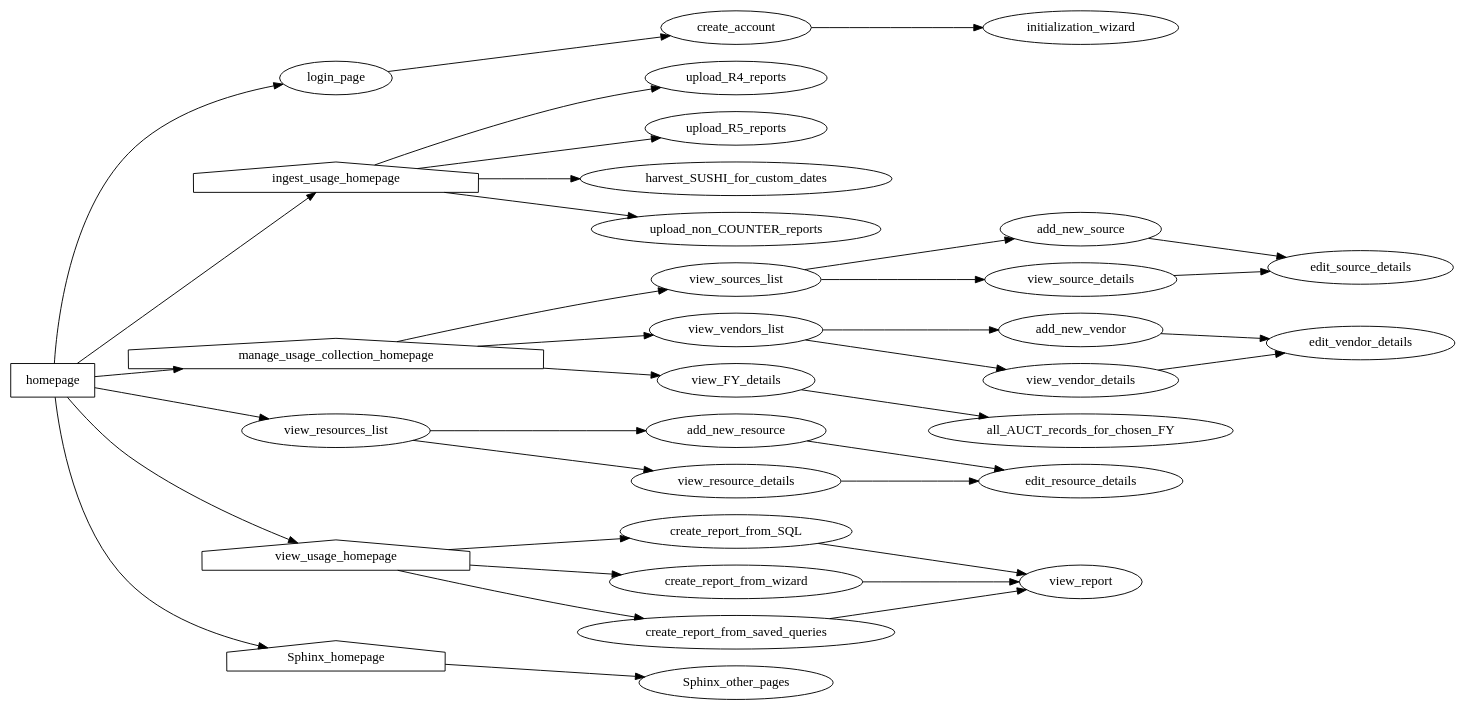
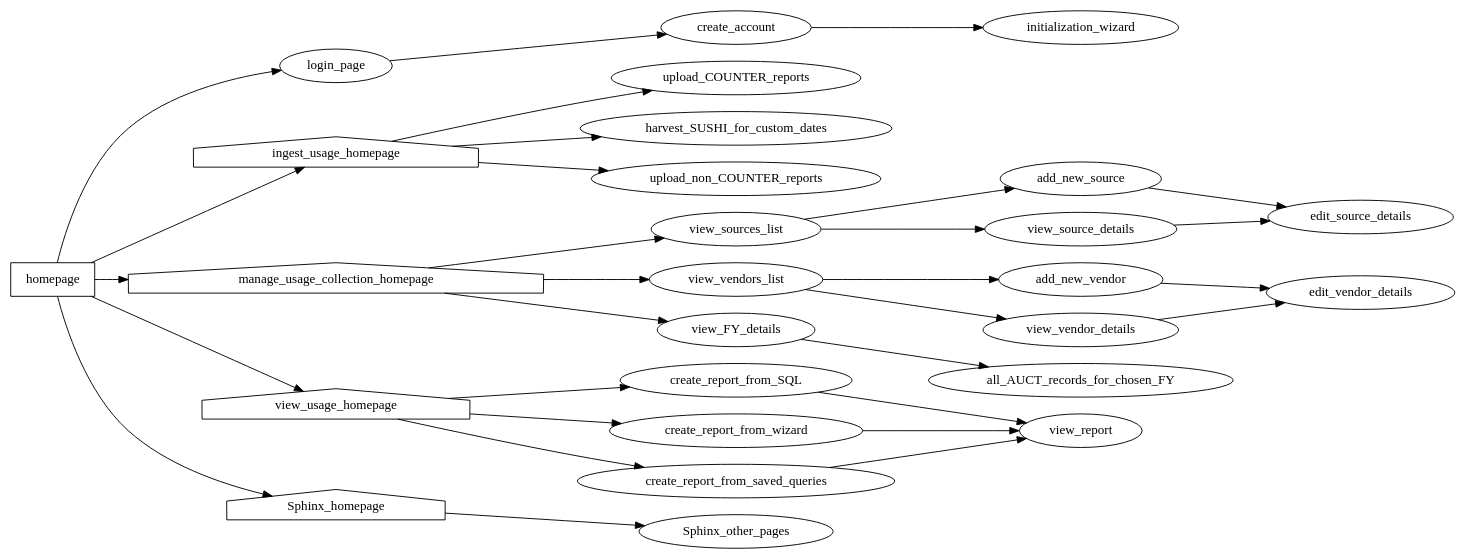
One commit to ereiskind/nolcat changed the diagram in docs/source/sitemap.dot. Above: the diagram before and after it, drawn with Graphviz.

Commit message:
Update sitemap

```diff
--- a/docs/source/sitemap.dot
+++ b/docs/source/sitemap.dot
@@ -1,104 +1,89 @@
 digraph nolcat_sitemap {
     /* *** NoLCAT SITEMAP *** */
     rankdir=LR
 
 
     /* *** Main NoLCAT Folder *** */
     homepage [shape="box"]
         homepage -> login_page
         homepage -> ingest_usage_homepage
         homepage -> manage_usage_collection_homepage
-        homepage -> view_resources_list
         homepage -> view_usage_homepage
         homepage -> Sphinx_homepage
     
 
     /* *** `login` Blueprint *** */
     login_page
         login_page -> create_account
     // Account creation may not be needed--a single set of credentials for each user type may be created instead
     create_account
         create_account -> initialization_wizard // Page in `ingest` section; linkage because program will request data for database initialization upon creation of first account
     // And any other pages needed for authentication
 
 
     /* *** `initialization` Blueprint *** */
     initialization_wizard
 
 
     /* *** `ingest_usage` Blueprint *** */
     ingest_usage_homepage [shape="house"]
-        ingest_usage_homepage -> upload_R4_reports
-        ingest_usage_homepage -> upload_R5_reports
+        ingest_usage_homepage -> upload_COUNTER_reports
         ingest_usage_homepage -> harvest_SUSHI_for_custom_dates
         ingest_usage_homepage -> upload_non_COUNTER_reports
-    upload_R4_reports
-    upload_R5_reports
+    upload_COUNTER_reports
     harvest_SUSHI_for_custom_dates
     upload_non_COUNTER_reports
 
 
     /* *** `annual_stats` Blueprint *** */
     manage_usage_collection_homepage [shape="house"]
         manage_usage_collection_homepage -> view_sources_list // For StatisticsSources and ResourceSources
         manage_usage_collection_homepage -> view_vendors_list
         manage_usage_collection_homepage -> view_FY_details // The FY for which the details will be shown is selected before going to the page
     view_FY_details
         view_FY_details -> all_AUCT_records_for_chosen_FY
     all_AUCT_records_for_chosen_FY
-
-
-    /* *** `view_resources` Blueprint *** */
-    // At present, resources are purely generated by SUSHI R5 harvests and have no notes atached to them. How should notes be incorporated? Should editing the list or its entries be allowed? Is this where non-title extra data should be used--saved in a table with fields for the data and the metadata label, which is displayed here with Jinja? What about non-COUNTER resources?
-    view_resources_list
-        view_resources_list -> add_new_resource
-        view_resources_list -> view_resource_details
-    add_new_resource
-        add_new_resource -> edit_resource_details // To provide info for the new resource
-    view_resource_details
-        view_resource_details -> edit_resource_details
-    edit_resource_details // Includes adding or editing notes
 
 
     /* *** `view_sources` Blueprint *** */
     // StatisticsSources and ResourceSources are similar enough in structure and purpose that the same Flask logic and Jinja templates can be used
     view_sources_list
         view_sources_list -> add_new_source
         view_sources_list -> view_source_details
     add_new_source
         add_new_source -> edit_source_details // To provide info for the new source
     view_source_details
         view_source_details -> edit_source_details
     edit_source_details // Includes adding or editing notes
 
 
      /* *** `view_vendors` Blueprint *** */
     view_vendors_list
         view_vendors_list -> add_new_vendor
         view_vendors_list -> view_vendor_details
     add_new_vendor
         add_new_vendor -> edit_vendor_details // To provide info for the new vendor
     view_vendor_details
         view_vendor_details -> edit_vendor_details
     edit_vendor_details // Includes adding or editing notes
 
 
     /* *** `view_usage` Blueprint *** */
     view_usage_homepage [shape="house"]
         view_usage_homepage -> create_report_from_SQL
         view_usage_homepage -> create_report_from_wizard
         view_usage_homepage -> create_report_from_saved_queries
     create_report_from_SQL // Runs a custom SQL statement against the database
         create_report_from_SQL -> view_report
     create_report_from_wizard // GUI options are used to write SQL behind the scenes
         create_report_from_wizard -> view_report
     create_report_from_saved_queries // SQL statements that are either complete or only ask for one input for commonly asked questions
         create_report_from_saved_queries -> view_report
     view_report
     
     
     /* *** Sphinx *** */
     Sphinx_homepage [shape="house"]
         Sphinx_homepage -> Sphinx_other_pages
     Sphinx_other_pages // Use Sphinx itself for site organization
 }
```
